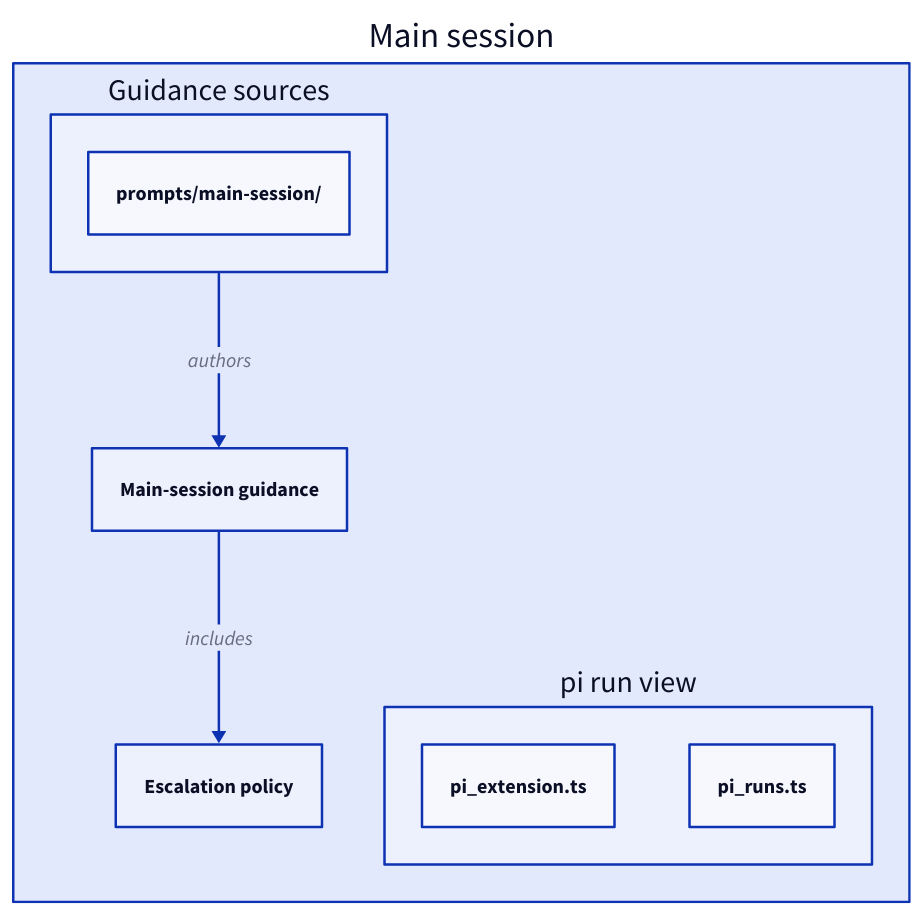
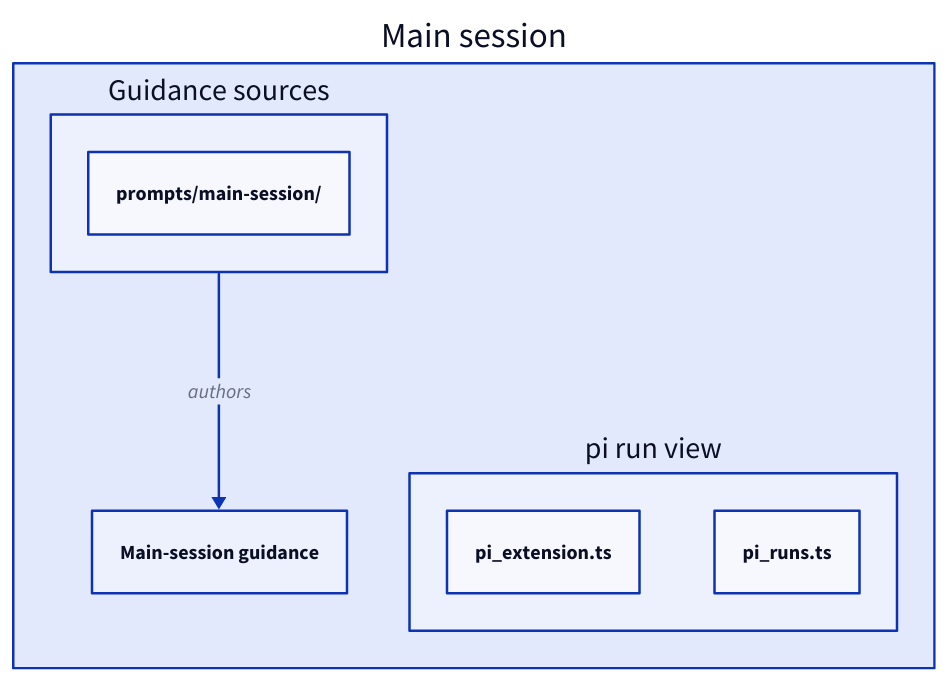
Before and after one commit to FTOD/concorde: the third of 4 diagrams in specs/concorde/coordination/main-session/module.md, drawn with D2. The commit also changed other lines of this file and 66 other files, not shown here.

````diff
--- a/specs/concorde/coordination/main-session/module.md
+++ b/specs/concorde/coordination/main-session/module.md
@@ -469,15 +465,13 @@
 ```d2
 mainsession: Main session {
   sources: Guidance sources {
     "prompts/main-session/"
   }
   guidance: Main-session guidance
-  policy: Escalation policy
   view: pi run view {
     "pi_extension.ts"
     "pi_runs.ts"
   }
   sources -> guidance: authors
-  guidance -> policy: includes
 }
 ```
````
